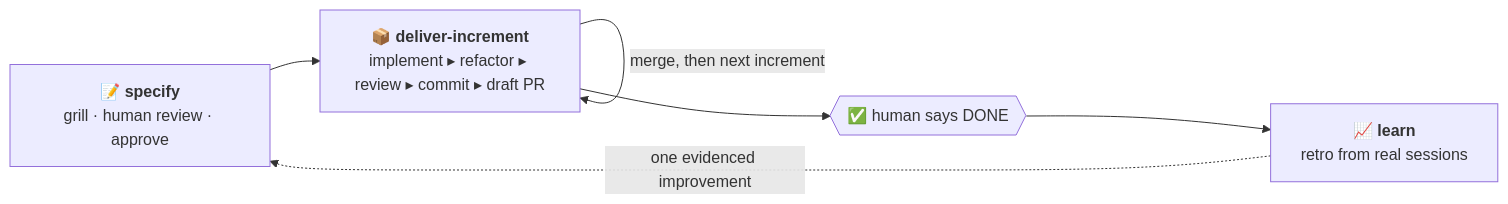
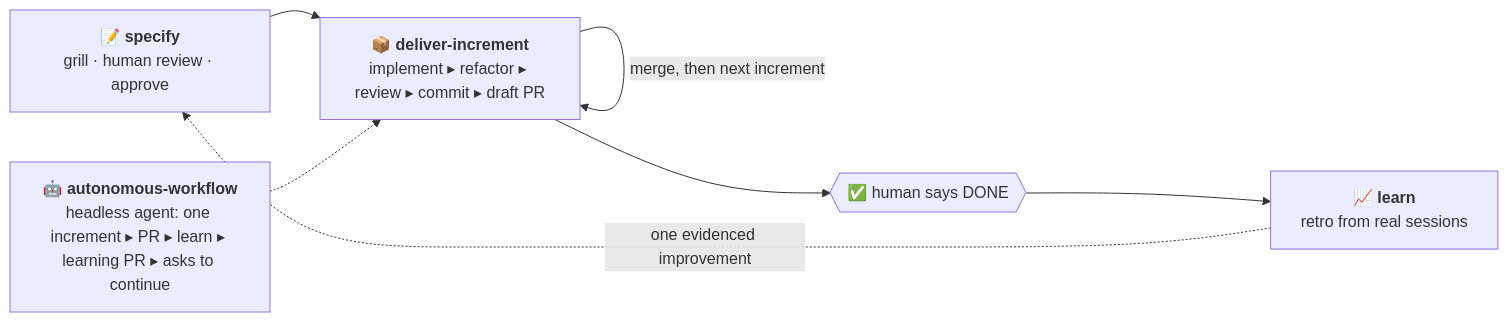
One commit to Amirault/DevGate changed the diagram in README.md. Above: the diagram before and after it, drawn with Mermaid. The commit also changed other lines of this file and 7 other files, not shown here.

First line of the commit message:
feat(skills): add autonomous-workflow, the headless entry point (#9)

````diff
--- a/README.md
+++ b/README.md
@@ -19,8 +19,9 @@
 ```mermaid
 flowchart LR
     A["📝 <b>specify</b><br/>grill · human review · approve"] --> B["📦 <b>deliver-increment</b><br/>implement ▸ refactor ▸ review ▸ commit ▸ draft PR"]
     B -- "merge, then next increment" --> B
     B --> C{{"✅ human says DONE"}}
     C --> D["📈 <b>learn</b><br/>retro from real sessions"]
     D -. "one evidenced improvement" .-> A
+    H["🤖 <b>autonomous-workflow</b><br/>headless agent: one increment ▸ PR ▸ learn ▸ learning PR ▸ asks to continue"] -.-> B
 ```
````
